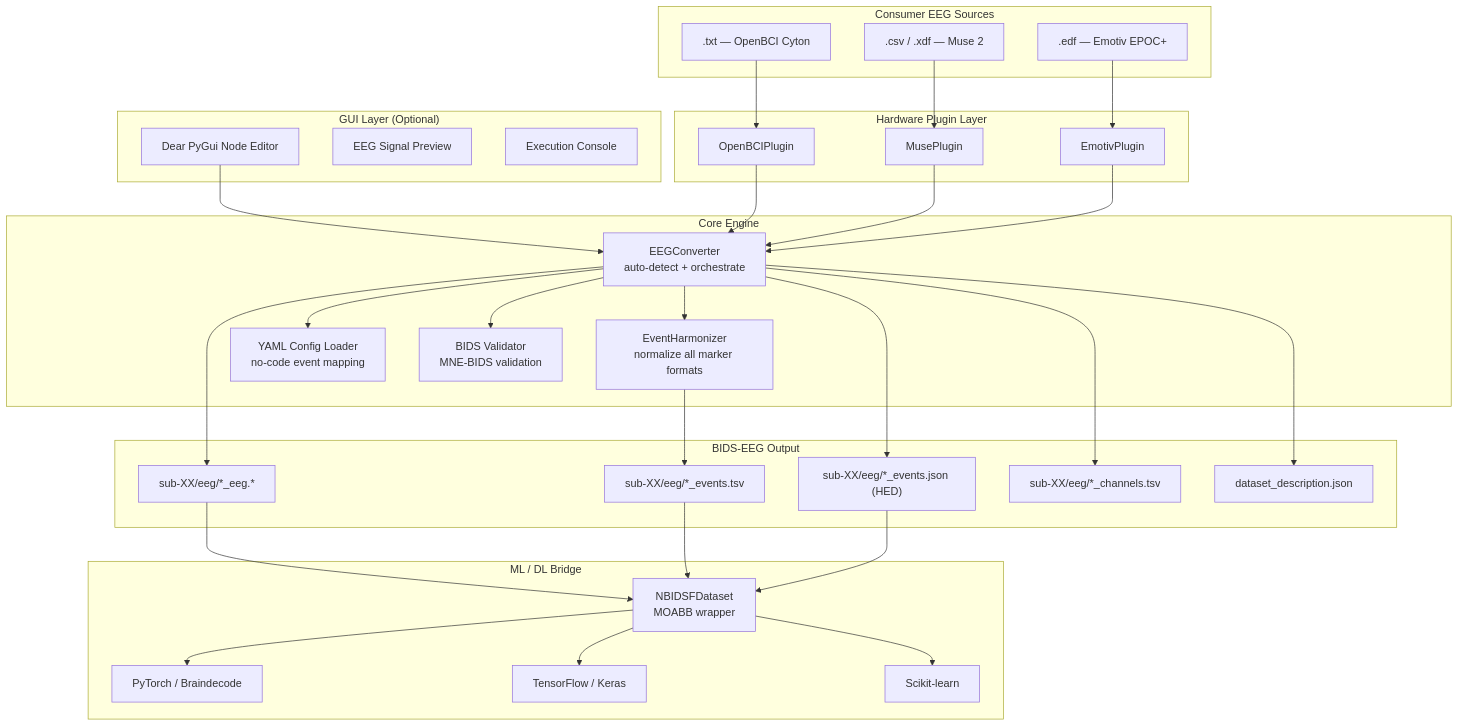
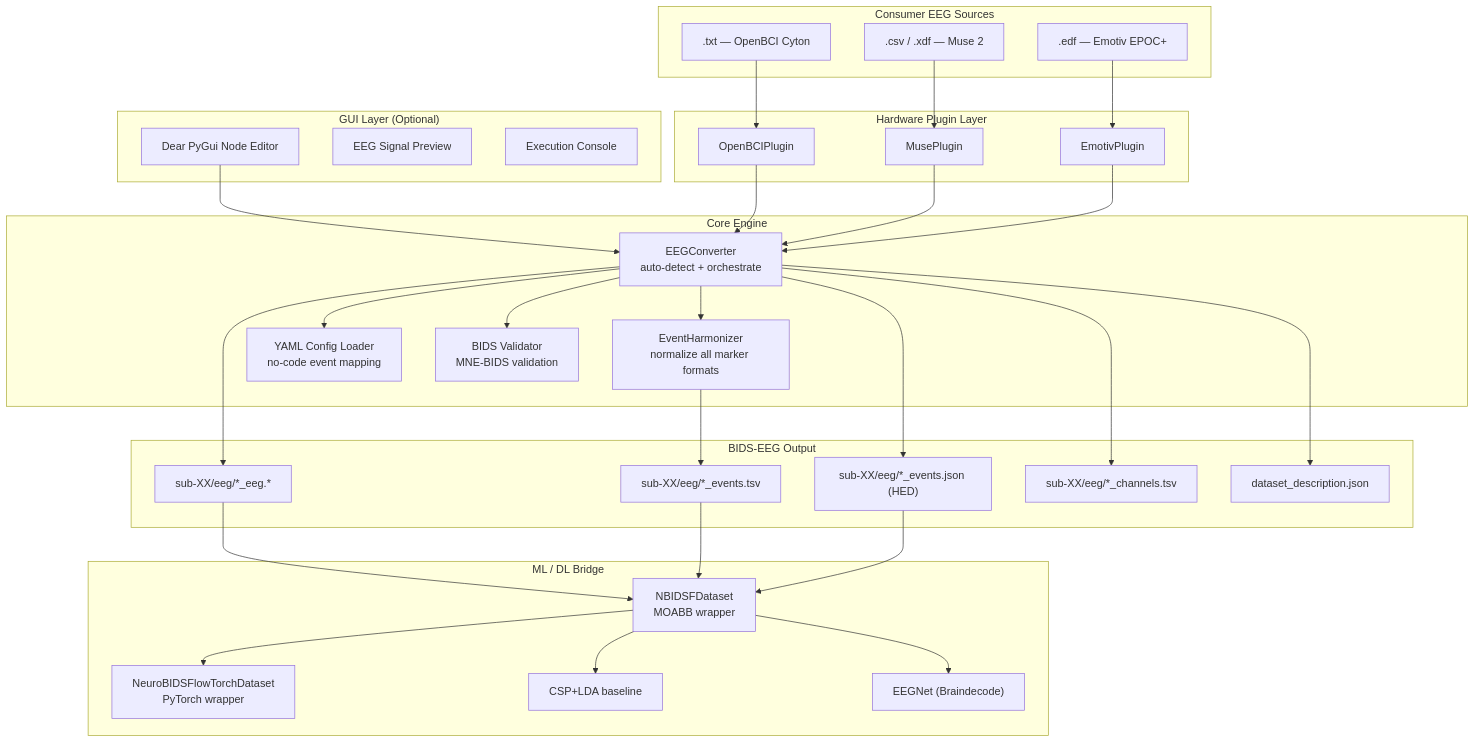
One commit to Satpal26/neurobids-flow changed the first of 2 diagrams in README.md. Above: the diagram before and after it, drawn with Mermaid. The commit also changed other lines of this file, not shown here.

````diff
--- a/README.md
+++ b/README.md
@@ -96,51 +99,53 @@
 ```mermaid
 graph TB
     subgraph GUI["GUI Layer (Optional)"]
         G1["Dear PyGui Node Editor"]
         G2["EEG Signal Preview"]
         G3["Execution Console"]
     end
     subgraph INPUT["Consumer EEG Sources"]
         A3[".txt — OpenBCI Cyton"]
         A4[".csv / .xdf — Muse 2"]
         A5[".edf — Emotiv EPOC+"]
     end
     subgraph PLUGINS["Hardware Plugin Layer"]
         B3["OpenBCIPlugin"]
         B4["MusePlugin"]
         B5["EmotivPlugin"]
     end
     subgraph CORE["Core Engine"]
         C1["EEGConverter\nauto-detect + orchestrate"]
         C2["EventHarmonizer\nnormalize all marker formats"]
         C3["YAML Config Loader\nno-code event mapping"]
         C4["BIDS Validator\nMNE-BIDS validation"]
     end
     subgraph OUTPUT["BIDS-EEG Output"]
         D1["sub-XX/eeg/*_eeg.*"]
         D2["sub-XX/eeg/*_events.tsv"]
         D3["sub-XX/eeg/*_events.json (HED)"]
         D4["sub-XX/eeg/*_channels.tsv"]
         D5["dataset_description.json"]
     end
     subgraph ML["ML / DL Bridge"]
         E1["NBIDSFDataset\nMOABB wrapper"]
-        E2["PyTorch / Braindecode"]
-        E3["TensorFlow / Keras"]
-        E4["Scikit-learn"]
+        E2["NeuroBIDSFlowTorchDataset\nPyTorch wrapper"]
+        E3["CSP+LDA baseline"]
+        E4["EEGNet (Braindecode)"]
     end
     G1 --> C1
     A3 --> B3
     A4 --> B4
     A5 --> B5
     B3 & B4 & B5 --> C1
     C1 --> C2 --> D2
     C1 --> C3
     C1 --> C4
     C1 --> D1
     C1 --> D3
     C1 --> D4
     C1 --> D5
     D1 & D2 & D3 --> E1
-    E1 --> E2 & E3 & E4
+    E1 --> E2
+    E1 --> E3
+    E1 --> E4
 ```
````
